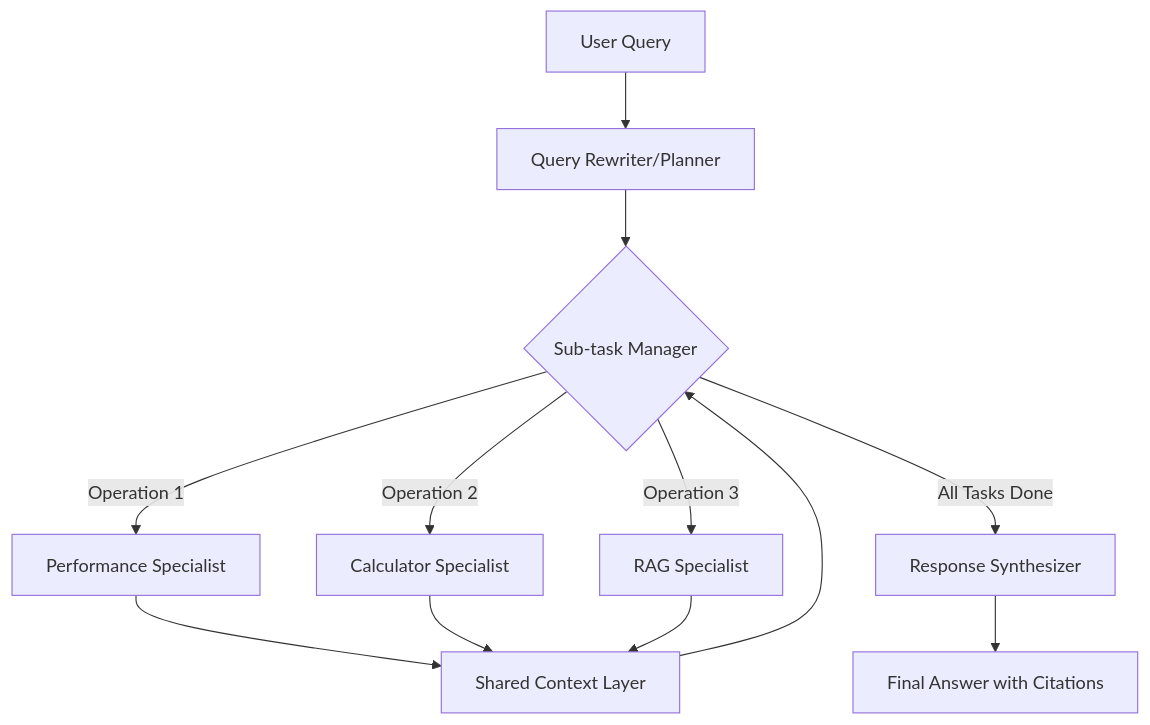
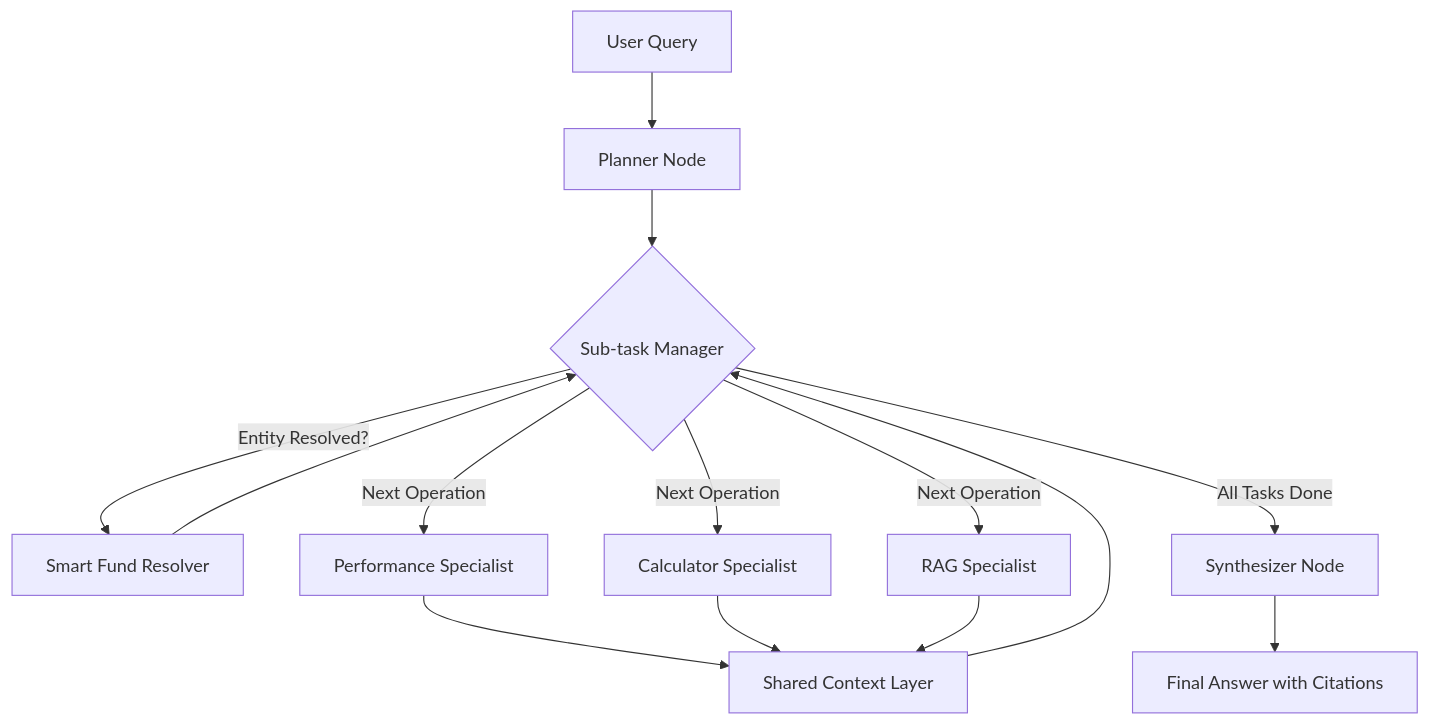
The first of 2 diagrams in README.md (Geeky-Sam01/agentic-research-rag), drawn with Mermaid before and after one commit. The commit also changed other lines of this file, not shown here.

Commit message:
readme updated :)

````diff
--- a/README.md
+++ b/README.md
@@ -37,12 +40,14 @@
 ```mermaid
 graph TD
-    A[User Query] --> B[Query Rewriter/Planner]
+    A[User Query] --> B[Planner Node]
     B --> C{Sub-task Manager}
-    C -- Operation 1 --> D[Performance Specialist]
-    C -- Operation 2 --> E[Calculator Specialist]
-    C -- Operation 3 --> F[RAG Specialist]
+    C -- "Entity Resolved?" --> R[Smart Fund Resolver]
+    R --> C
+    C -- "Next Operation" --> D[Performance Specialist]
+    C -- "Next Operation" --> E[Calculator Specialist]
+    C -- "Next Operation" --> F[RAG Specialist]
     D & E & F --> G[Shared Context Layer]
     G --> C
-    C -- All Tasks Done --> H[Response Synthesizer]
+    C -- "All Tasks Done" --> H[Synthesizer Node]
     H --> I[Final Answer with Citations]
 ```
````
